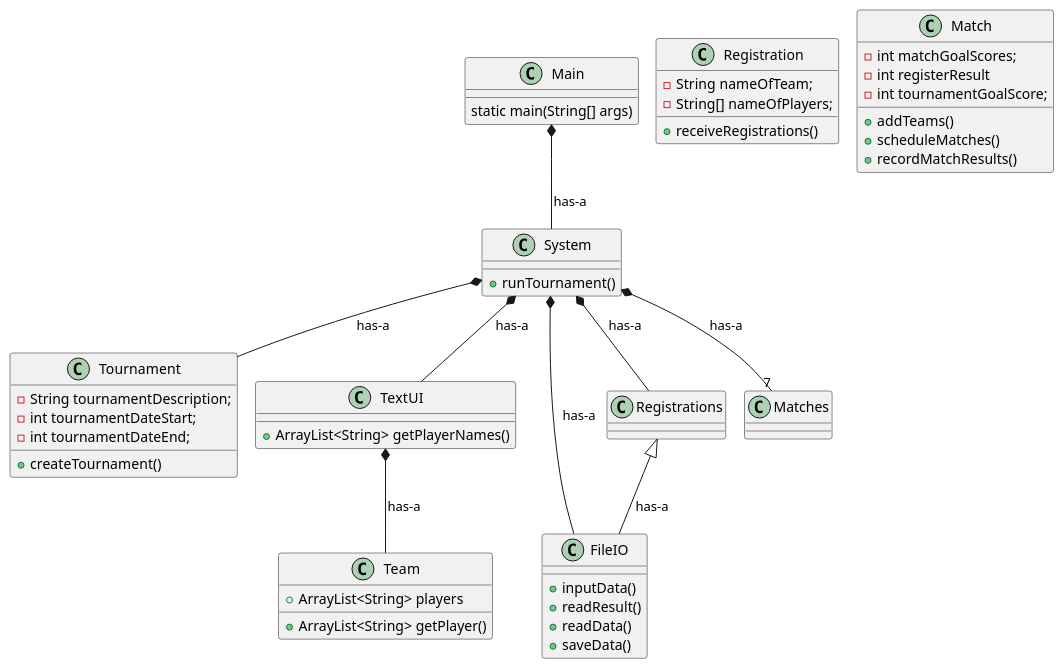
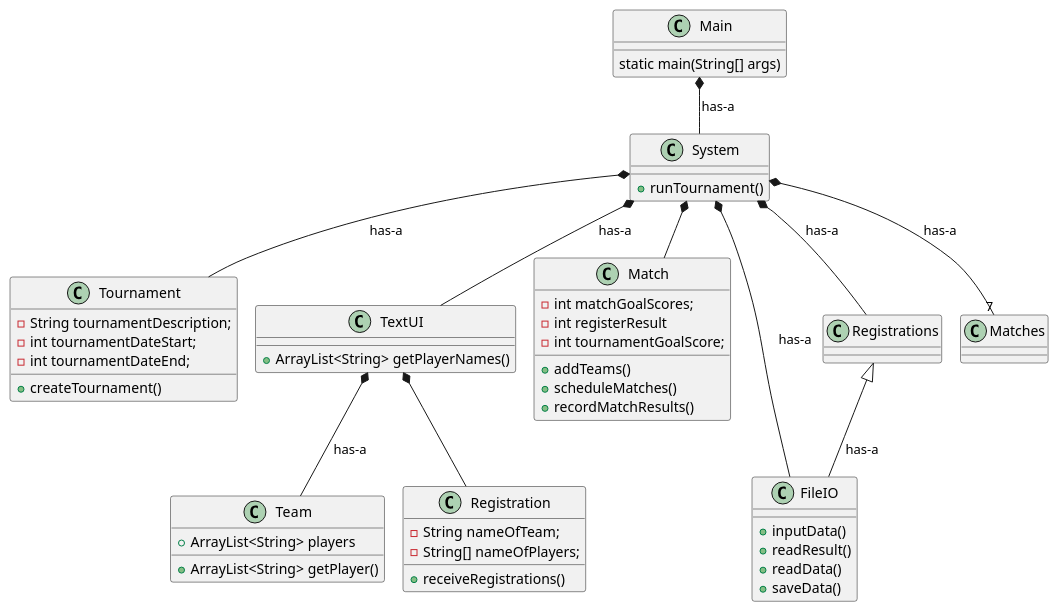
Before and after one commit to NikolajKaspersen/Tournament: the diagram in Documentation/KlasseDiagram.puml, drawn with PlantUML. The commit also changed 9 other files, not shown here.

```diff
--- a/Documentation/KlasseDiagram.puml
+++ b/Documentation/KlasseDiagram.puml
@@ -1,70 +1,72 @@
 @startuml
 
 !pragma layout smetana
 
 class Main
 {
 static main(String[] args)
 }
 
 class System
 {
     +runTournament()
 }
 
 class Tournament
 {
     -String tournamentDescription;
     -int tournamentDateStart;
     -int tournamentDateEnd;
 
     +createTournament()
 }
 
 class TextUI
 {
 + ArrayList<String> getPlayerNames()
 }
 
 class Team
 {
     +ArrayList<String> players
 + ArrayList<String> getPlayer()
 }
 
 class Registration
 {
     -String nameOfTeam;
     -String[] nameOfPlayers;
 
     +receiveRegistrations()
 }
 
 class Match
 {
     -int matchGoalScores;
     - int registerResult
     - int tournamentGoalScore;
 
     +addTeams()
     +scheduleMatches()
     +recordMatchResults()
 }
 
 class FileIO
 {
     +inputData()
     +readResult()
     +readData()
     +saveData()
 }
 System *-- TextUI: has-a
 TextUI *-- Team: has-a
 System *-- Tournament: has-a
 System *-- Registrations: has-a
 System *-- "7"Matches: has-a
 System *-- FileIO: has-a
 Registrations <|-- FileIO:has-a
 Main *-- System: has-a
+TextUI *-- Registration
+System *-- Match
 
 @enduml
```
